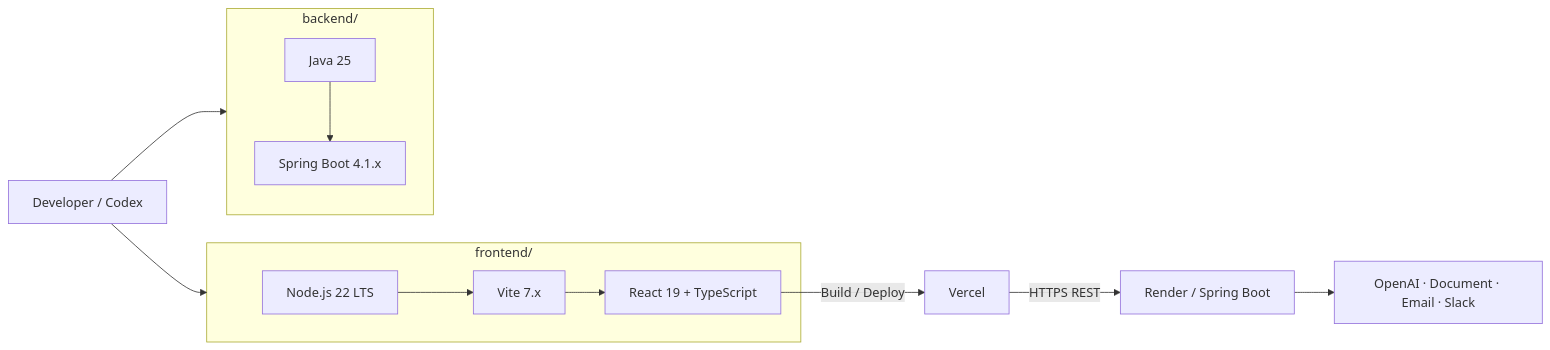
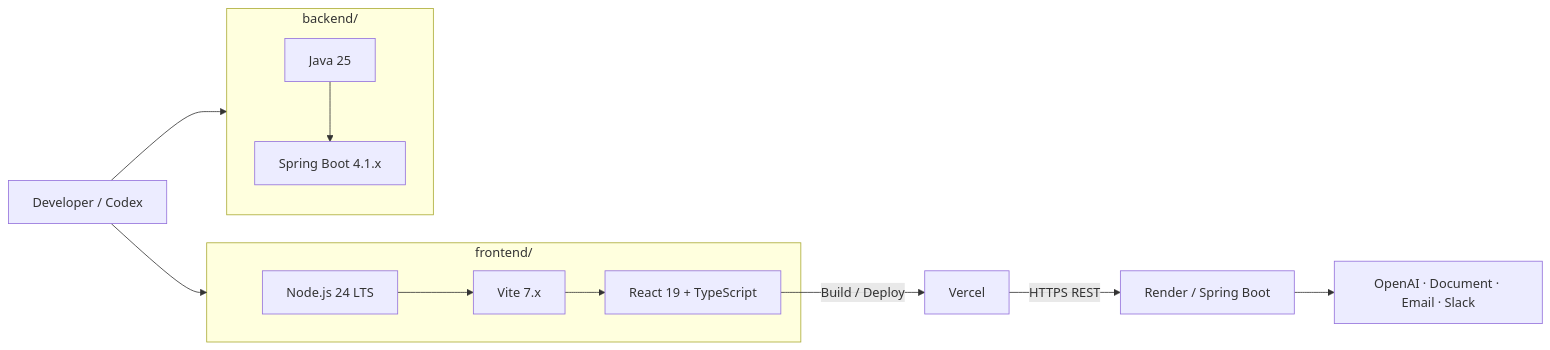
The first of 7 diagrams in docs/product/PRD.md (donghyunlee-dev/meeting-automation), drawn with Mermaid before and after one commit. The commit also changed other lines of this file and 54 other files, not shown here.

````diff
--- a/docs/product/PRD.md
+++ b/docs/product/PRD.md
@@ -190,23 +191,23 @@
 ```mermaid
 flowchart LR
     DEV[Developer / Codex]
 
     subgraph FE["frontend/"]
-        NODE[Node.js 22 LTS]
+        NODE[Node.js 24 LTS]
         VITE[Vite 7.x]
         REACT[React 19 + TypeScript]
         NODE --> VITE --> REACT
     end
 
     subgraph BE["backend/"]
         JAVA[Java 25]
         SPRING[Spring Boot 4.1.x]
         JAVA --> SPRING
     end
 
     DEV --> FE
     DEV --> BE
     REACT -->|Build / Deploy| VERCEL[Vercel]
     VERCEL -->|HTTPS REST| RENDER[Render / Spring Boot]
     RENDER --> EXT[OpenAI · Document · Email · Slack]
 ```
````
